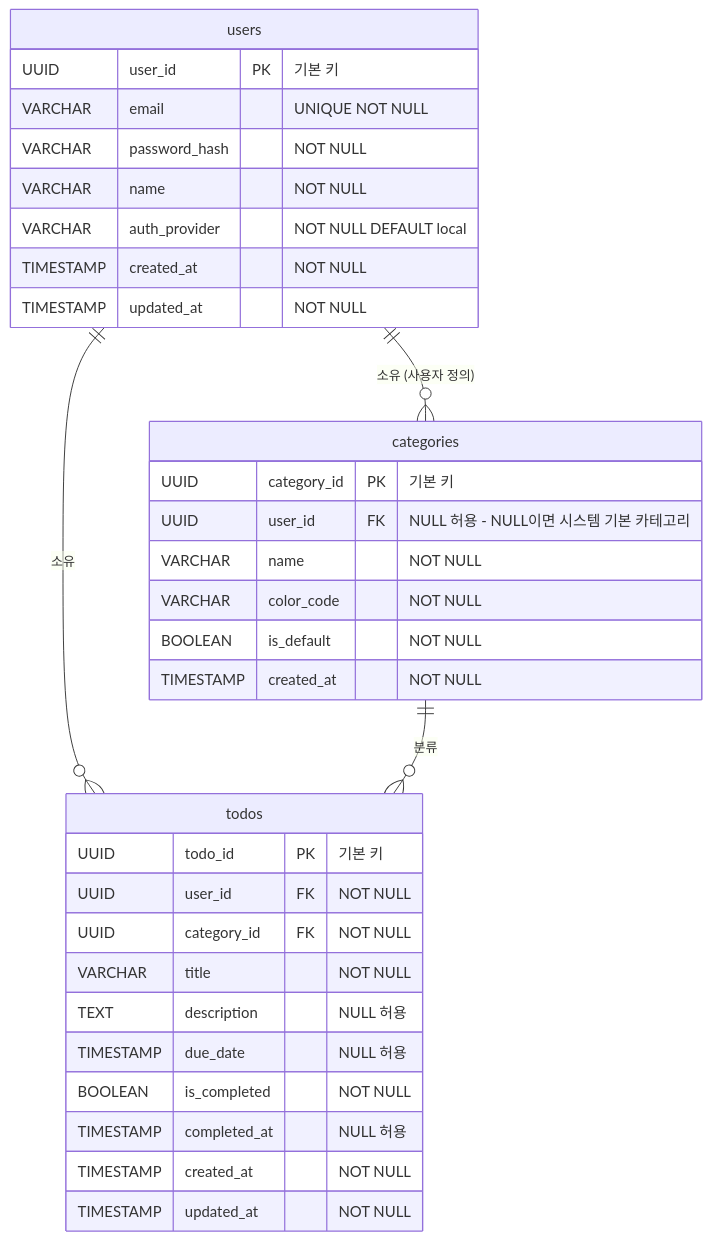
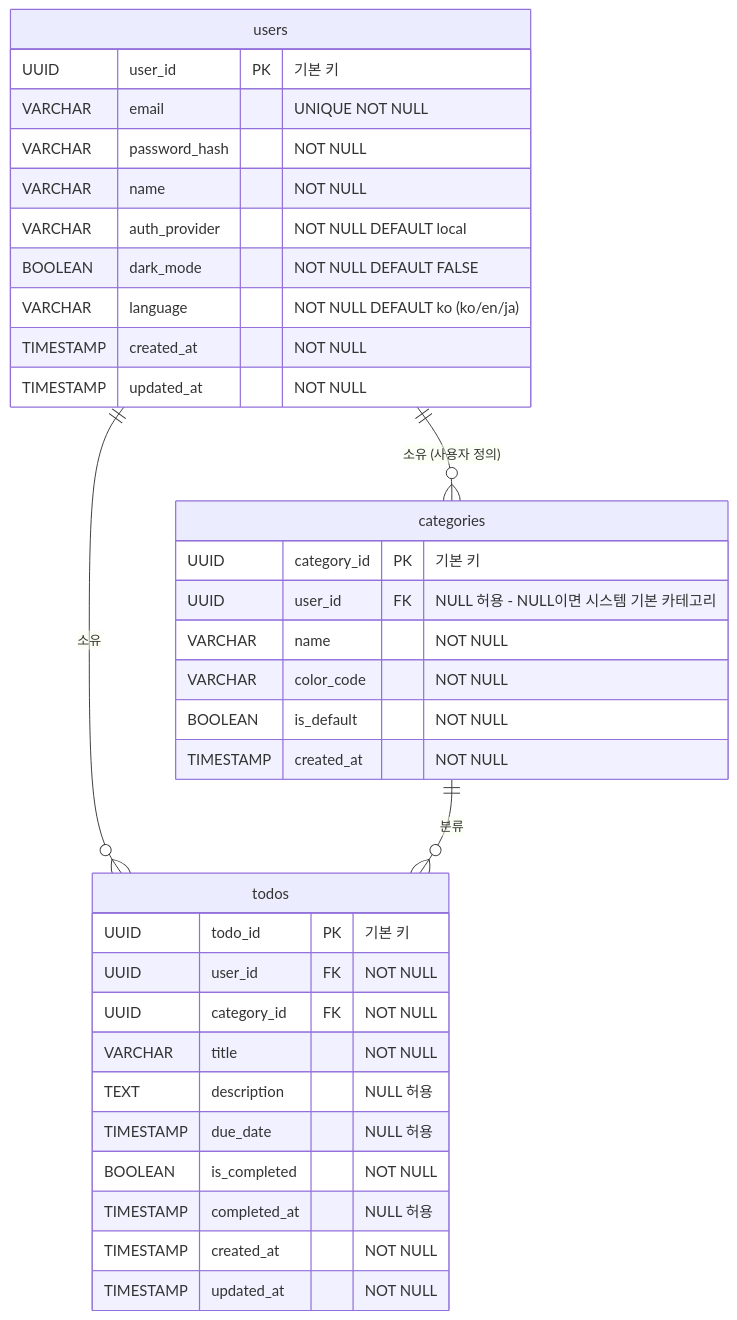
The diagram in docs/6-erd.md (joushukkeen-coder/todolist.app), drawn with Mermaid before and after one commit. The commit also changed other lines of this file and 138 other files, not shown here.

````diff
--- a/docs/6-erd.md
+++ b/docs/6-erd.md
@@ -19,38 +22,40 @@
 ```mermaid
 erDiagram
     users {
         UUID user_id PK "기본 키"
         VARCHAR email "UNIQUE NOT NULL"
         VARCHAR password_hash "NOT NULL"
         VARCHAR name "NOT NULL"
         VARCHAR auth_provider "NOT NULL DEFAULT local"
+        BOOLEAN dark_mode "NOT NULL DEFAULT FALSE"
+        VARCHAR language "NOT NULL DEFAULT ko (ko/en/ja)"
         TIMESTAMP created_at "NOT NULL"
         TIMESTAMP updated_at "NOT NULL"
     }
 
     categories {
         UUID category_id PK "기본 키"
         UUID user_id FK "NULL 허용 - NULL이면 시스템 기본 카테고리"
         VARCHAR name "NOT NULL"
         VARCHAR color_code "NOT NULL"
         BOOLEAN is_default "NOT NULL"
         TIMESTAMP created_at "NOT NULL"
     }
 
     todos {
         UUID todo_id PK "기본 키"
         UUID user_id FK "NOT NULL"
         UUID category_id FK "NOT NULL"
         VARCHAR title "NOT NULL"
         TEXT description "NULL 허용"
         TIMESTAMP due_date "NULL 허용"
         BOOLEAN is_completed "NOT NULL"
         TIMESTAMP completed_at "NULL 허용"
         TIMESTAMP created_at "NOT NULL"
         TIMESTAMP updated_at "NOT NULL"
     }
 
     users ||--o{ todos : "소유"
     users ||--o{ categories : "소유 (사용자 정의)"
     categories ||--o{ todos : "분류"
 ```
````
